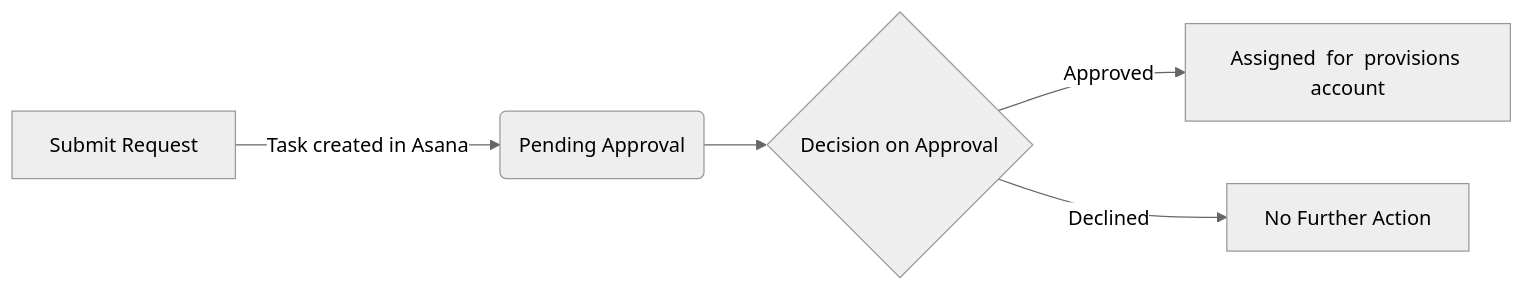
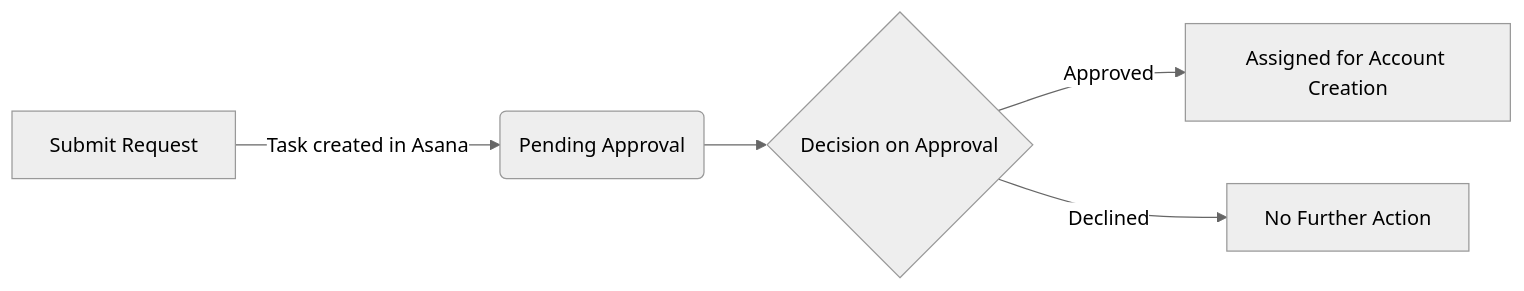
The diagram in cdp-docs/docs/program_overview/practitioner/onboarding/access_overview.md (cdp-ucsc/doc), drawn with Mermaid (neutral theme) before and after one commit.

Commit message:
#33 - edits to workflow language

````diff
--- a/cdp-docs/docs/program_overview/practitioner/onboarding/access_overview.md
+++ b/cdp-docs/docs/program_overview/practitioner/onboarding/access_overview.md
@@ -13,9 +13,9 @@
 ```mermaid
 
 flowchart LR
 
 A[Submit Request] -->|Task created in Asana| B(Pending Approval)
 B --> C{Decision on Approval}
-C -->|Approved| D[Assigned  for  provisions account]
+C -->|Approved| D[Assigned for Account Creation]
 C -->|Declined| E[No Further Action]
 ```
````
